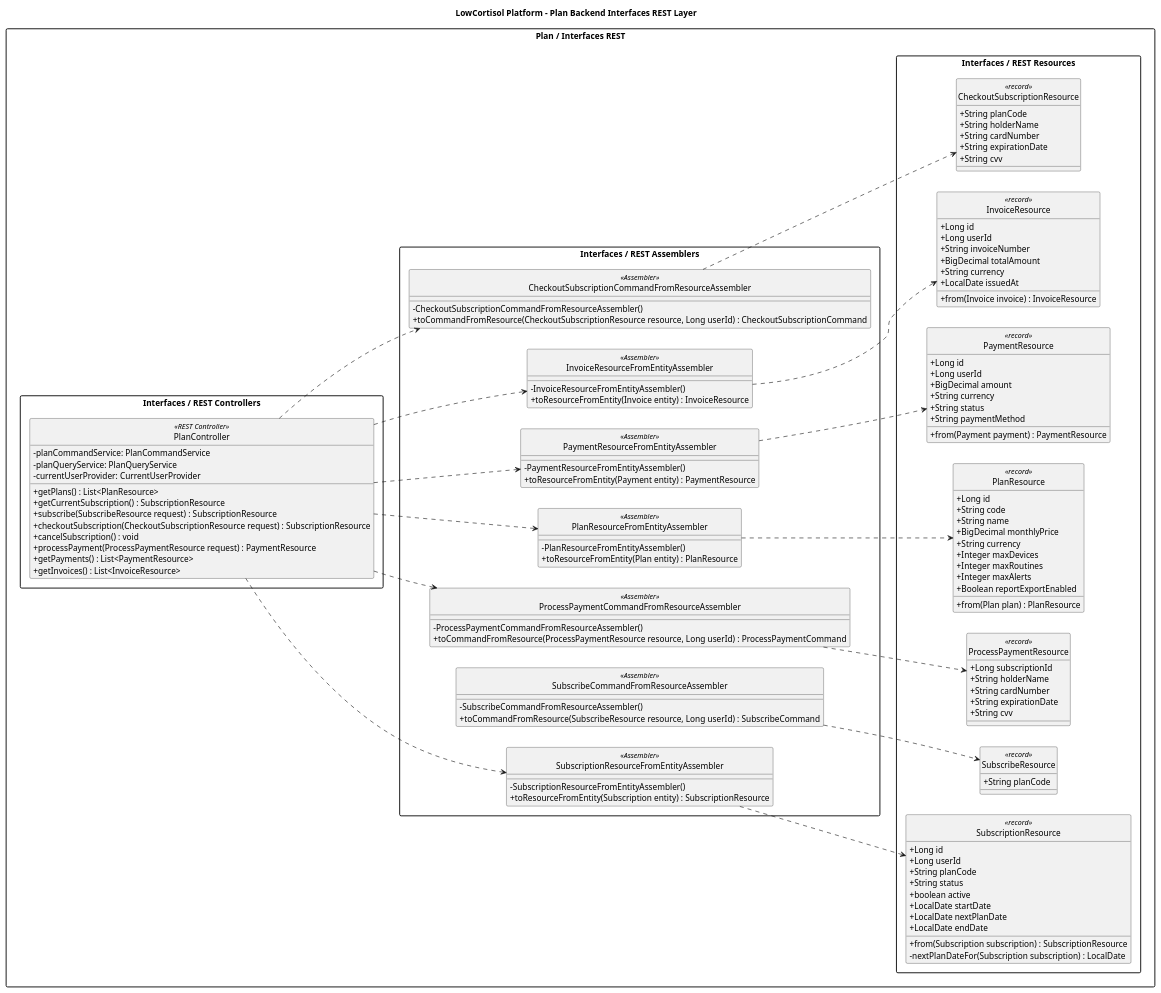
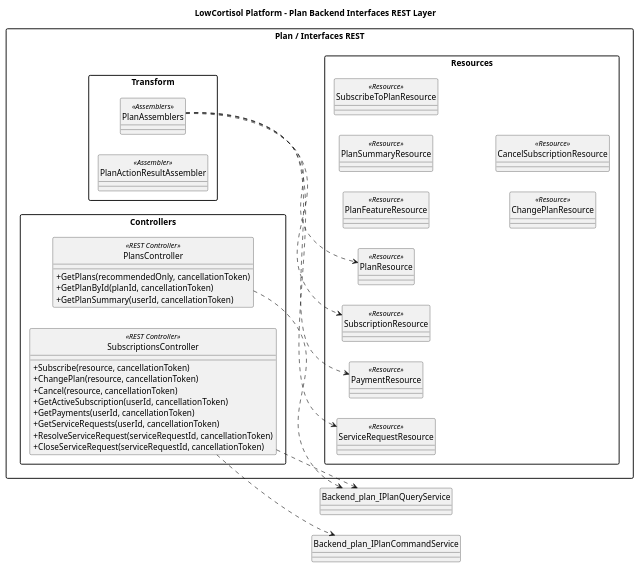
One commit to upc-pre-202610-1asi0730-12144-flowalert/lowcortisol-report changed the diagram in docs/diagrams/class/backend/layers/plan/backend-plan-interfaces-rest-class-diagram.puml. Above: the diagram before and after it, drawn with PlantUML. The commit also changed 51 other files, not shown here.

Commit message:
docs: align report diagrams with implemented bounded contexts

```diff
--- a/docs/diagrams/class/backend/layers/plan/backend-plan-interfaces-rest-class-diagram.puml
+++ b/docs/diagrams/class/backend/layers/plan/backend-plan-interfaces-rest-class-diagram.puml
@@ -1,133 +1,54 @@
 @startuml
 title LowCortisol Platform - Plan Backend Interfaces REST Layer
 left to right direction
 skinparam packageStyle rectangle
 skinparam shadowing false
 skinparam classAttributeIconSize 0
 hide circle
 
 package "Plan / Interfaces REST" {
-  package "Interfaces / REST Assemblers" {
-    class "CheckoutSubscriptionCommandFromResourceAssembler" as Backend_plan_CheckoutSubscriptionCommandFromResourceAssembler <<Assembler>> {
-      - CheckoutSubscriptionCommandFromResourceAssembler()
-      + toCommandFromResource(CheckoutSubscriptionResource resource, Long userId) : CheckoutSubscriptionCommand
+  package "Controllers" {
+    class "PlansController" as Backend_plan_PlansController <<REST Controller>> {
+      + GetPlans(recommendedOnly, cancellationToken)
+      + GetPlanById(planId, cancellationToken)
+      + GetPlanSummary(userId, cancellationToken)
     }
-    class "InvoiceResourceFromEntityAssembler" as Backend_plan_InvoiceResourceFromEntityAssembler <<Assembler>> {
-      - InvoiceResourceFromEntityAssembler()
-      + toResourceFromEntity(Invoice entity) : InvoiceResource
-    }
-    class "PaymentResourceFromEntityAssembler" as Backend_plan_PaymentResourceFromEntityAssembler <<Assembler>> {
-      - PaymentResourceFromEntityAssembler()
-      + toResourceFromEntity(Payment entity) : PaymentResource
-    }
-    class "PlanResourceFromEntityAssembler" as Backend_plan_PlanResourceFromEntityAssembler <<Assembler>> {
-      - PlanResourceFromEntityAssembler()
-      + toResourceFromEntity(Plan entity) : PlanResource
-    }
-    class "ProcessPaymentCommandFromResourceAssembler" as Backend_plan_ProcessPaymentCommandFromResourceAssembler <<Assembler>> {
-      - ProcessPaymentCommandFromResourceAssembler()
-      + toCommandFromResource(ProcessPaymentResource resource, Long userId) : ProcessPaymentCommand
-    }
-    class "SubscribeCommandFromResourceAssembler" as Backend_plan_SubscribeCommandFromResourceAssembler <<Assembler>> {
-      - SubscribeCommandFromResourceAssembler()
-      + toCommandFromResource(SubscribeResource resource, Long userId) : SubscribeCommand
-    }
-    class "SubscriptionResourceFromEntityAssembler" as Backend_plan_SubscriptionResourceFromEntityAssembler <<Assembler>> {
-      - SubscriptionResourceFromEntityAssembler()
-      + toResourceFromEntity(Subscription entity) : SubscriptionResource
+    class "SubscriptionsController" as Backend_plan_SubscriptionsController <<REST Controller>> {
+      + Subscribe(resource, cancellationToken)
+      + ChangePlan(resource, cancellationToken)
+      + Cancel(resource, cancellationToken)
+      + GetActiveSubscription(userId, cancellationToken)
+      + GetPayments(userId, cancellationToken)
+      + GetServiceRequests(userId, cancellationToken)
+      + ResolveServiceRequest(serviceRequestId, cancellationToken)
+      + CloseServiceRequest(serviceRequestId, cancellationToken)
     }
   }
-  package "Interfaces / REST Controllers" {
-    class "PlanController" as Backend_plan_PlanController <<REST Controller>> {
-      - planCommandService: PlanCommandService
-      - planQueryService: PlanQueryService
-      - currentUserProvider: CurrentUserProvider
-      + getPlans() : List<PlanResource>
-      + getCurrentSubscription() : SubscriptionResource
-      + subscribe(SubscribeResource request) : SubscriptionResource
-      + checkoutSubscription(CheckoutSubscriptionResource request) : SubscriptionResource
-      + cancelSubscription() : void
-      + processPayment(ProcessPaymentResource request) : PaymentResource
-      + getPayments() : List<PaymentResource>
-      + getInvoices() : List<InvoiceResource>
-    }
+
+  package "Resources" {
+    class "PlanResource" as Backend_plan_PlanResource <<Resource>>
+    class "PlanFeatureResource" as Backend_plan_PlanFeatureResource <<Resource>>
+    class "SubscriptionResource" as Backend_plan_SubscriptionResource <<Resource>>
+    class "PaymentResource" as Backend_plan_PaymentResource <<Resource>>
+    class "ServiceRequestResource" as Backend_plan_ServiceRequestResource <<Resource>>
+    class "PlanSummaryResource" as Backend_plan_PlanSummaryResource <<Resource>>
+    class "SubscribeToPlanResource" as Backend_plan_SubscribeToPlanResource <<Resource>>
+    class "ChangePlanResource" as Backend_plan_ChangePlanResource <<Resource>>
+    class "CancelSubscriptionResource" as Backend_plan_CancelSubscriptionResource <<Resource>>
   }
-  package "Interfaces / REST Resources" {
-    class "CheckoutSubscriptionResource" as Backend_plan_CheckoutSubscriptionResource <<record>> {
-      + String planCode
-      + String holderName
-      + String cardNumber
-      + String expirationDate
-      + String cvv
-    }
-    class "InvoiceResource" as Backend_plan_InvoiceResource <<record>> {
-      + Long id
-      + Long userId
-      + String invoiceNumber
-      + BigDecimal totalAmount
-      + String currency
-      + LocalDate issuedAt
-      + from(Invoice invoice) : InvoiceResource
-    }
-    class "PaymentResource" as Backend_plan_PaymentResource <<record>> {
-      + Long id
-      + Long userId
-      + BigDecimal amount
-      + String currency
-      + String status
-      + String paymentMethod
-      + from(Payment payment) : PaymentResource
-    }
-    class "PlanResource" as Backend_plan_PlanResource <<record>> {
-      + Long id
-      + String code
-      + String name
-      + BigDecimal monthlyPrice
-      + String currency
-      + Integer maxDevices
-      + Integer maxRoutines
-      + Integer maxAlerts
-      + Boolean reportExportEnabled
-      + from(Plan plan) : PlanResource
-    }
-    class "ProcessPaymentResource" as Backend_plan_ProcessPaymentResource <<record>> {
-      + Long subscriptionId
-      + String holderName
-      + String cardNumber
-      + String expirationDate
-      + String cvv
-    }
-    class "SubscribeResource" as Backend_plan_SubscribeResource <<record>> {
-      + String planCode
-    }
-    class "SubscriptionResource" as Backend_plan_SubscriptionResource <<record>> {
-      + Long id
-      + Long userId
-      + String planCode
-      + String status
-      + boolean active
-      + LocalDate startDate
-      + LocalDate nextPlanDate
-      + LocalDate endDate
-      + from(Subscription subscription) : SubscriptionResource
-      - nextPlanDateFor(Subscription subscription) : LocalDate
-    }
+
+  package "Transform" {
+    class "PlanAssemblers" as Backend_plan_PlanAssemblers <<Assemblers>>
+    class "PlanActionResultAssembler" as Backend_plan_PlanActionResultAssembler <<Assembler>>
   }
 }
 
-Backend_plan_PlanController ..> Backend_plan_CheckoutSubscriptionCommandFromResourceAssembler
-Backend_plan_PlanController ..> Backend_plan_InvoiceResourceFromEntityAssembler
-Backend_plan_PlanController ..> Backend_plan_PaymentResourceFromEntityAssembler
-Backend_plan_PlanController ..> Backend_plan_PlanResourceFromEntityAssembler
-Backend_plan_PlanController ..> Backend_plan_ProcessPaymentCommandFromResourceAssembler
-Backend_plan_PlanController ..> Backend_plan_SubscriptionResourceFromEntityAssembler
-Backend_plan_CheckoutSubscriptionCommandFromResourceAssembler ..> Backend_plan_CheckoutSubscriptionResource
-Backend_plan_InvoiceResourceFromEntityAssembler ..> Backend_plan_InvoiceResource
-Backend_plan_PaymentResourceFromEntityAssembler ..> Backend_plan_PaymentResource
-Backend_plan_PlanResourceFromEntityAssembler ..> Backend_plan_PlanResource
-Backend_plan_ProcessPaymentCommandFromResourceAssembler ..> Backend_plan_ProcessPaymentResource
-Backend_plan_SubscribeCommandFromResourceAssembler ..> Backend_plan_SubscribeResource
-Backend_plan_SubscriptionResourceFromEntityAssembler ..> Backend_plan_SubscriptionResource
-
+Backend_plan_PlansController ..> Backend_plan_IPlanQueryService
+Backend_plan_SubscriptionsController ..> Backend_plan_IPlanCommandService
+Backend_plan_SubscriptionsController ..> Backend_plan_IPlanQueryService
+Backend_plan_PlanAssemblers ..> Backend_plan_PlanResource
+Backend_plan_PlanAssemblers ..> Backend_plan_SubscriptionResource
+Backend_plan_PlanAssemblers ..> Backend_plan_PaymentResource
+Backend_plan_PlanAssemblers ..> Backend_plan_ServiceRequestResource
 
 @enduml
```
